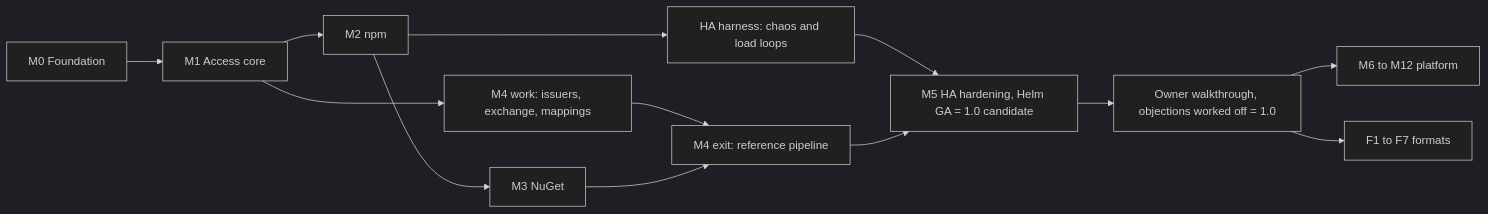
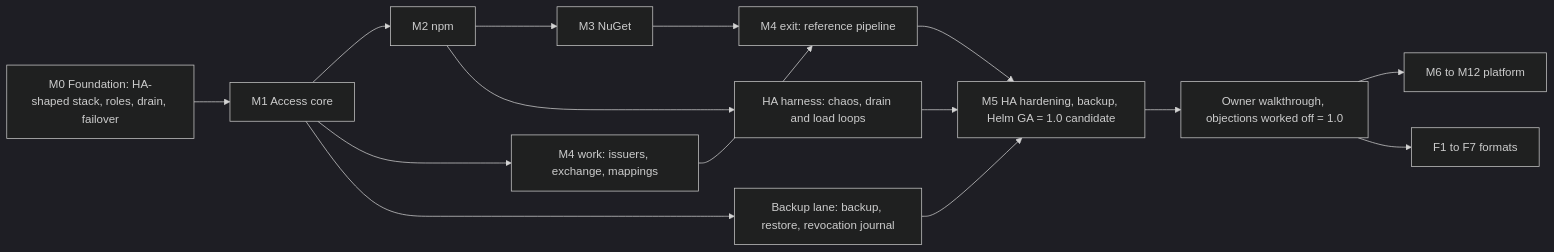
One commit to guided-traffic/trove changed the diagram in docs/coverage/roadmap.md. Above: the diagram before and after it, drawn with Mermaid (dark theme). The commit also changed other lines of this file and 20 other files, not shown here.

````diff
--- a/docs/coverage/roadmap.md
+++ b/docs/coverage/roadmap.md
@@ -101,15 +137,17 @@
 ```mermaid
 flowchart LR
-  M0["M0 Foundation"] --> M1["M1 Access core"]
+  M0["M0 Foundation: HA-shaped stack, roles, drain, failover"] --> M1["M1 Access core"]
   M1 --> M2["M2 npm"]
   M2 --> M3["M3 NuGet"]
   M1 --> W4["M4 work: issuers, exchange, mappings"]
   W4 --> M4["M4 exit: reference pipeline"]
   M3 --> M4
-  M2 --> H["HA harness: chaos and load loops"]
-  H --> M5["M5 HA hardening, Helm GA = 1.0 candidate"]
+  M1 --> B["Backup lane: backup, restore, revocation journal"]
+  M2 --> H["HA harness: chaos, drain and load loops"]
+  H --> M5["M5 HA hardening, backup, Helm GA = 1.0 candidate"]
+  B --> M5
   M4 --> M5
   M5 --> R["Owner walkthrough, objections worked off = 1.0"]
   R --> P1["M6 to M12 platform"]
   R --> F["F1 to F7 formats"]
 ```
````
